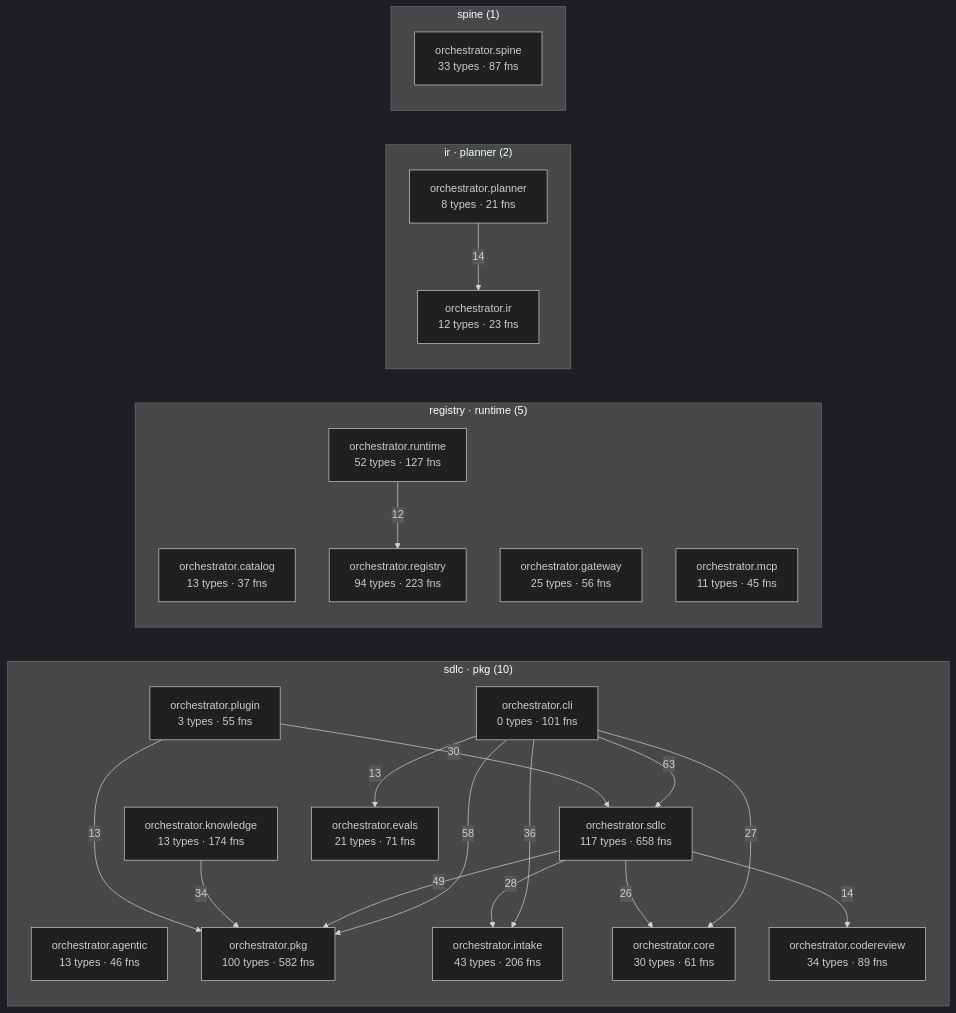
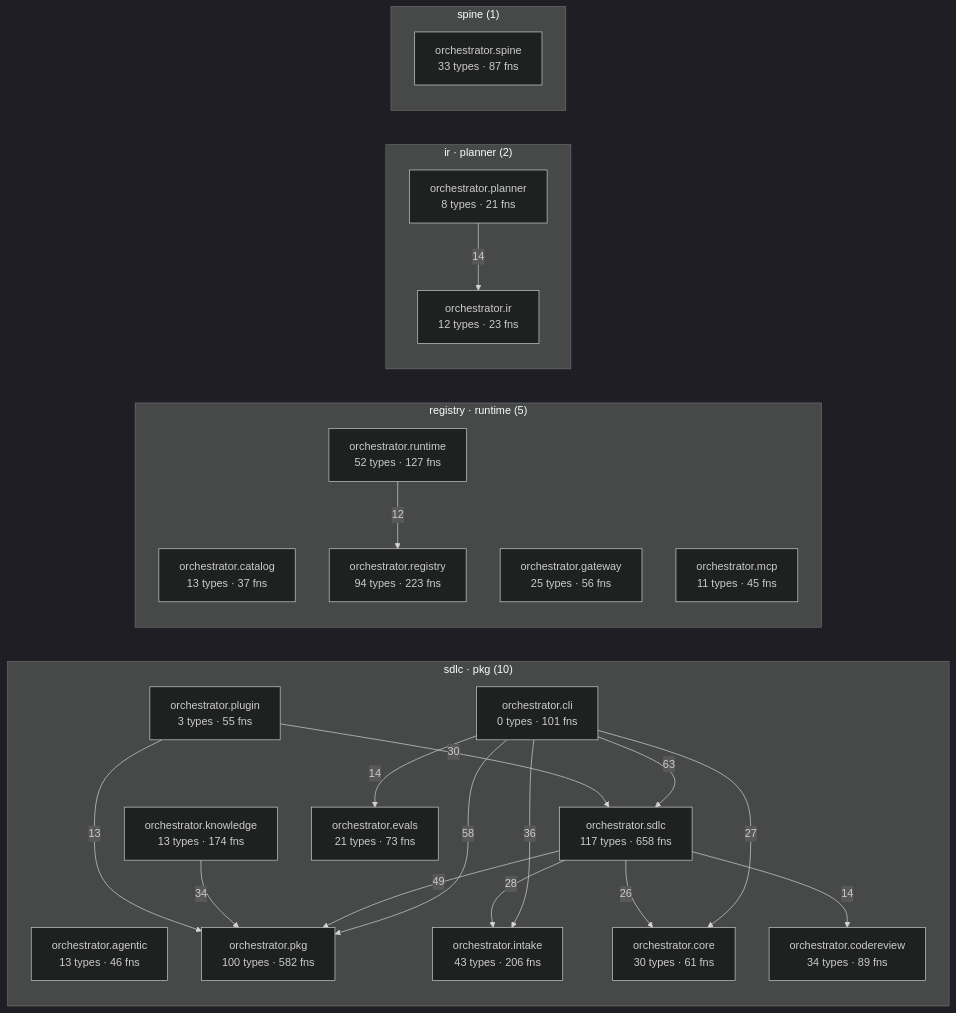
Before and after one commit to synaptixs/spine: the diagram in episteme/architecture.md, drawn with Mermaid (dark theme). The commit also changed other lines of this file and 12 other files, not shown here.

````diff
--- a/episteme/architecture.md
+++ b/episteme/architecture.md
@@ -54,43 +54,43 @@
 ```mermaid
 flowchart LR
   subgraph c_1["sdlc · pkg (10)"]
     aorchestratoragentic["orchestrator.agentic<br/>13 types · 46 fns"]
     aorchestratorcli["orchestrator.cli<br/>0 types · 101 fns"]
     aorchestratorcodereview["orchestrator.codereview<br/>34 types · 89 fns"]
     aorchestratorcore["orchestrator.core<br/>30 types · 61 fns"]
-    aorchestratorevals["orchestrator.evals<br/>21 types · 71 fns"]
+    aorchestratorevals["orchestrator.evals<br/>21 types · 73 fns"]
     aorchestratorintake["orchestrator.intake<br/>43 types · 206 fns"]
     aorchestratorknowledge["orchestrator.knowledge<br/>13 types · 174 fns"]
     aorchestratorpkg["orchestrator.pkg<br/>100 types · 582 fns"]
     aorchestratorplugin["orchestrator.plugin<br/>3 types · 55 fns"]
     aorchestratorsdlc["orchestrator.sdlc<br/>117 types · 658 fns"]
   end
   subgraph c_3["registry · runtime (5)"]
     aorchestratorcatalog["orchestrator.catalog<br/>13 types · 37 fns"]
     aorchestratorgateway["orchestrator.gateway<br/>25 types · 56 fns"]
     aorchestratormcp["orchestrator.mcp<br/>11 types · 45 fns"]
     aorchestratorregistry["orchestrator.registry<br/>94 types · 223 fns"]
     aorchestratorruntime["orchestrator.runtime<br/>52 types · 127 fns"]
   end
   subgraph c_6["ir · planner (2)"]
     aorchestratorir["orchestrator.ir<br/>12 types · 23 fns"]
     aorchestratorplanner["orchestrator.planner<br/>8 types · 21 fns"]
   end
   subgraph c_9["spine (1)"]
     aorchestratorspine["orchestrator.spine<br/>33 types · 87 fns"]
   end
   aorchestratorcli -->|63| aorchestratorsdlc
   aorchestratorcli -->|58| aorchestratorpkg
   aorchestratorsdlc -->|49| aorchestratorpkg
   aorchestratorcli -->|36| aorchestratorintake
   aorchestratorknowledge -->|34| aorchestratorpkg
   aorchestratorplugin -->|30| aorchestratorsdlc
   aorchestratorsdlc -->|28| aorchestratorintake
   aorchestratorcli -->|27| aorchestratorcore
   aorchestratorsdlc -->|26| aorchestratorcore
+  aorchestratorcli -->|14| aorchestratorevals
   aorchestratorplanner -->|14| aorchestratorir
   aorchestratorsdlc -->|14| aorchestratorcodereview
-  aorchestratorcli -->|13| aorchestratorevals
   aorchestratorplugin -->|13| aorchestratorpkg
   aorchestratorruntime -->|12| aorchestratorregistry
 ```
````
